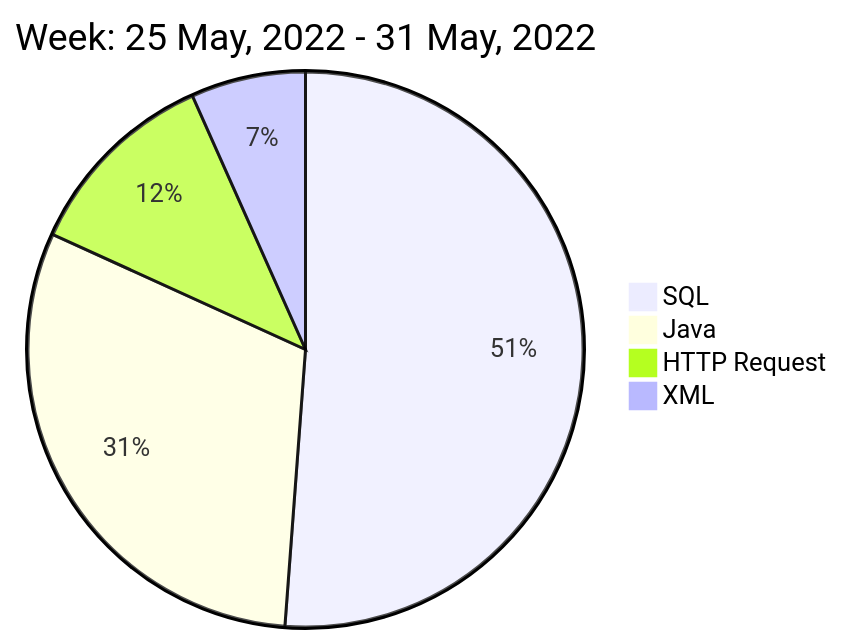
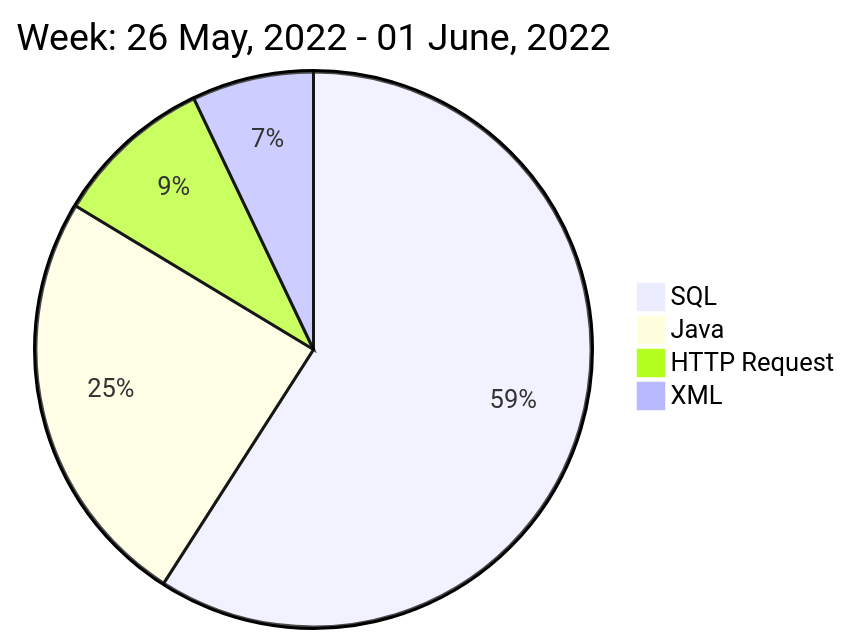
One commit to liubin95/liubin95 changed the diagram in README.md. Above: the diagram before and after it, drawn with Mermaid.

Commit message:
Updated the Graph with new Metrics

````diff
--- a/README.md
+++ b/README.md
@@ -40,8 +40,8 @@
 ```mermaid
  pie
-title Week: 25 May, 2022 - 31 May, 2022
- "SQL" : 12.12
- "Java" : 7.25
- "HTTP Request" : 2.73
- "XML" : 1.58
+title Week: 26 May, 2022 - 01 June, 2022
+ "SQL" : 12.93
+ "Java" : 5.38
+ "HTTP Request" : 2.03
+ "XML" : 1.55
 ```
````
